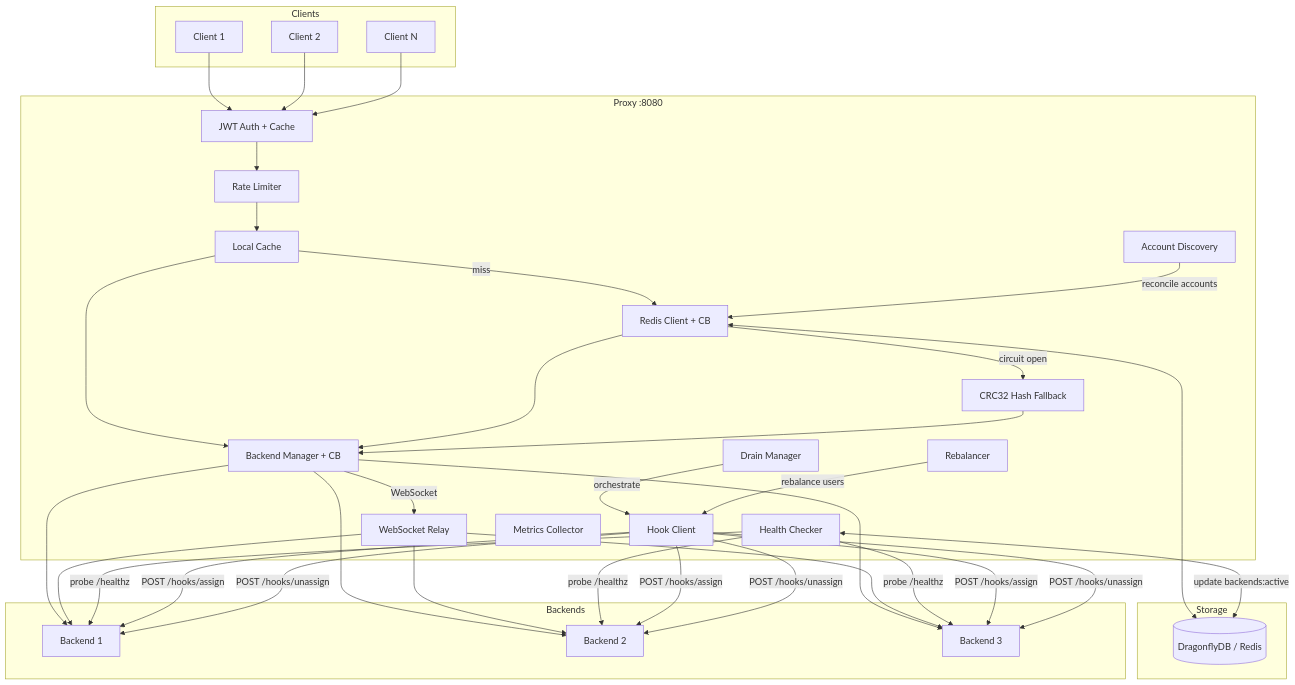
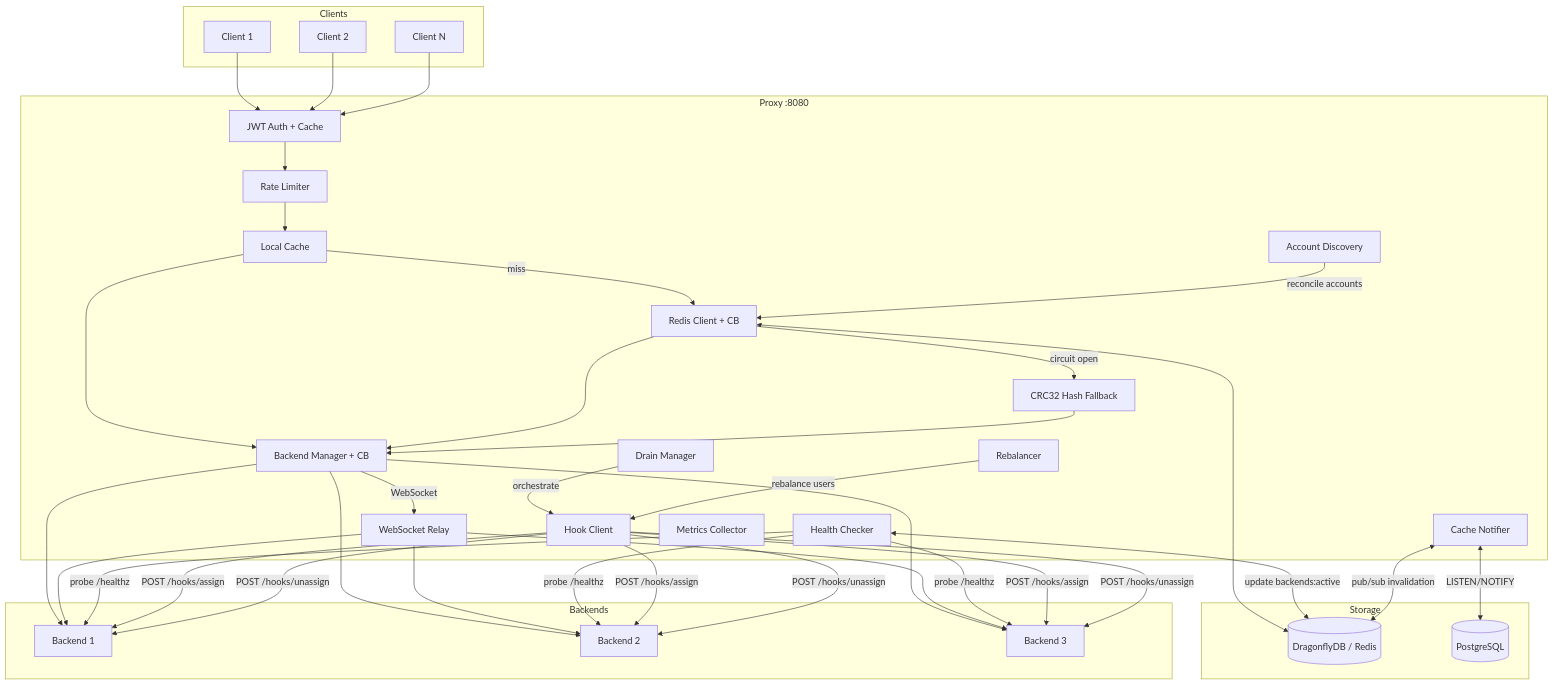
One commit to awesome-net-dev/sticky-proxy changed the second of 10 diagrams in README.md. Above: the diagram before and after it, drawn with Mermaid. The commit also changed other lines of this file and 12 other files, not shown here.

First line of the commit message:
feat: add cross-replica cache invalidation

````diff
--- a/README.md
+++ b/README.md
@@ -48,52 +50,56 @@
 ```mermaid
 graph TB
     subgraph Clients
         C1[Client 1]
         C2[Client 2]
         C3[Client N]
     end
 
     subgraph Proxy["Proxy :8080"]
         JWT[JWT Auth + Cache]
         RL[Rate Limiter]
         LC[Local Cache]
         RD[Redis Client + CB]
         HF[CRC32 Hash Fallback]
         BM[Backend Manager + CB]
         WS[WebSocket Relay]
         HC[Health Checker]
         HK[Hook Client]
         DR[Drain Manager]
         DISC[Account Discovery]
         RB[Rebalancer]
+        CN[Cache Notifier]
         MET[Metrics Collector]
     end
 
     subgraph Storage
         Redis[(DragonflyDB / Redis)]
+        PG[(PostgreSQL)]
     end
 
     subgraph Backends
         B1[Backend 1]
         B2[Backend 2]
         B3[Backend 3]
     end
 
     C1 & C2 & C3 --> JWT
     JWT --> RL
     RL --> LC
     LC -->|miss| RD
     RD -->|circuit open| HF
     RD <--> Redis
     LC & RD & HF --> BM
     BM --> B1 & B2 & B3
     BM -->|WebSocket| WS
     WS --> B1 & B2 & B3
     HC -->|probe /healthz| B1 & B2 & B3
     HC <-->|update backends:active| Redis
     HK -->|POST /hooks/assign| B1 & B2 & B3
     HK -->|POST /hooks/unassign| B1 & B2 & B3
     DR -->|orchestrate| HK
     DISC -->|reconcile accounts| RD
     RB -->|rebalance users| HK
+    CN <-->|pub/sub invalidation| Redis
+    CN <-->|LISTEN/NOTIFY| PG
 ```
````
